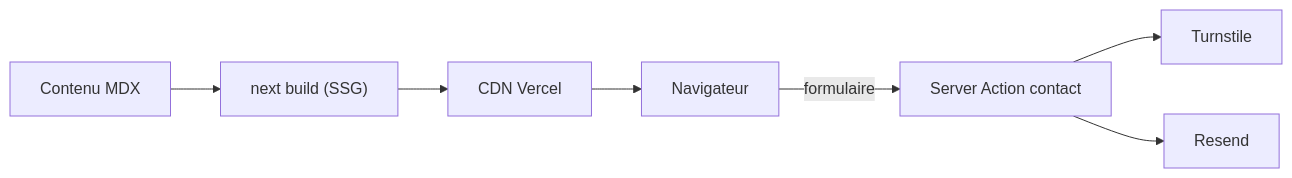
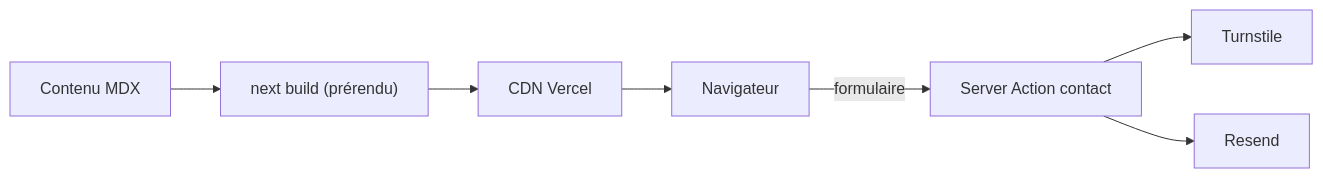
One commit to yanix2445/portfolio changed the diagram in aidd_docs/memory/architecture.md. Above: the diagram before and after it, drawn with Mermaid. The commit also changed 2 other files, not shown here.

Commit message:
docs: mark upcoming areas in the codebase map
The map described actions, ui, animations and the Resend/Turnstile
clients as present; flag them as upcoming and drop leftover SSG wording.

````diff
--- a/aidd_docs/memory/architecture.md
+++ b/aidd_docs/memory/architecture.md
@@ -14,9 +14,9 @@
 ```mermaid
 flowchart LR
-  MDX["Contenu MDX"] --> Build["next build (SSG)"]
+  MDX["Contenu MDX"] --> Build["next build (prérendu)"]
   Build --> CDN["CDN Vercel"]
   CDN --> Browser["Navigateur"]
   Browser -->|formulaire| Action["Server Action contact"]
   Action --> Turnstile["Turnstile"]
   Action --> Resend["Resend"]
 ```
````
